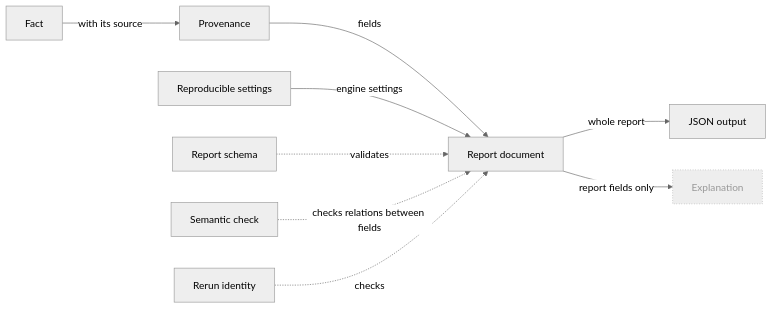
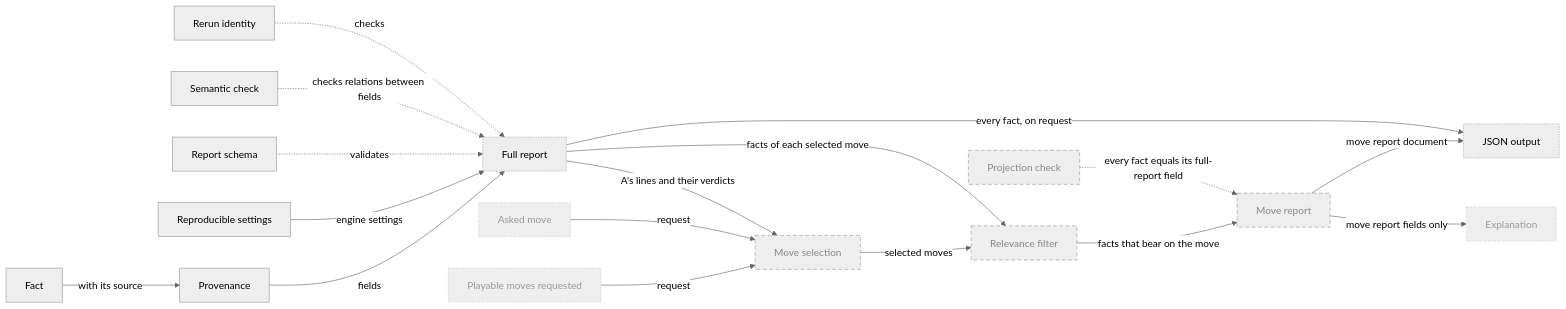
One commit to aurja/ChessWhy changed the tenth of 22 diagrams in Planning/DBC/CONCEPTS.md. Above: the diagram before and after it, drawn with Mermaid (neutral theme). The commit also changed other lines of this file and 8 other files, not shown here.

First line of the commit message:
M4 contract draft: playable moves and move reports; renumber M4-M7

````diff
--- a/Planning/DBC/CONCEPTS.md
+++ b/Planning/DBC/CONCEPTS.md
@@ -436,24 +458,39 @@
 ```mermaid
 flowchart LR
     Fact["Fact"]
     Provenance["Provenance"]
     Reproducible["Reproducible settings"]
-    ReportDocument["Report document"]
+    ReportDocument["Full report"]
     ReportSchema["Report schema"]
     SemanticCheck["Semantic check"]
     RerunIdentity["Rerun identity"]
     JsonOutput["JSON output"]
+    MoveSelection["Move selection"]
+    RelevanceFilter["Relevance filter"]
+    MoveReport["Move report"]
+    ProjectionCheck["Projection check"]
+    PlayableRequest["Playable moves requested"]
+    AskedMove["Asked move"]
     Explanation["Explanation"]
     Fact -->|with its source| Provenance
     Provenance -->|fields| ReportDocument
     Reproducible -->|engine settings| ReportDocument
     ReportSchema -.->|validates| ReportDocument
     SemanticCheck -.->|checks relations between fields| ReportDocument
     RerunIdentity -.->|checks| ReportDocument
-    ReportDocument -->|whole report| JsonOutput
-    ReportDocument -->|report fields only| Explanation
+    PlayableRequest & AskedMove -->|request| MoveSelection
+    ReportDocument -->|A's lines and their verdicts| MoveSelection
+    MoveSelection -->|selected moves| RelevanceFilter
+    ReportDocument -->|facts of each selected move| RelevanceFilter
+    RelevanceFilter -->|facts that bear on the move| MoveReport
+    ProjectionCheck -.->|every fact equals its full-report field| MoveReport
+    MoveReport -->|move report document| JsonOutput
+    ReportDocument -->|every fact, on request| JsonOutput
+    MoveReport -->|move report fields only| Explanation
     classDef planned stroke-dasharray:6 4,color:#888
     classDef partial stroke-dasharray:2 2
     classDef external stroke-dasharray:1 3,color:#999
-    class Explanation external
+    class Explanation,PlayableRequest,AskedMove external
+    class ReportDocument,JsonOutput partial
+    class MoveSelection,RelevanceFilter,MoveReport,ProjectionCheck planned
 ```
````
